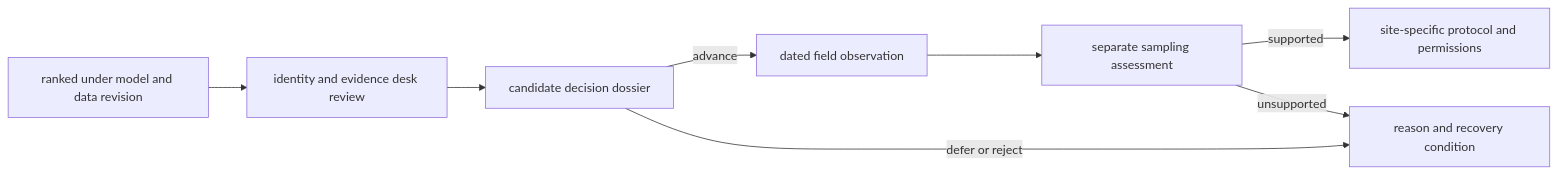
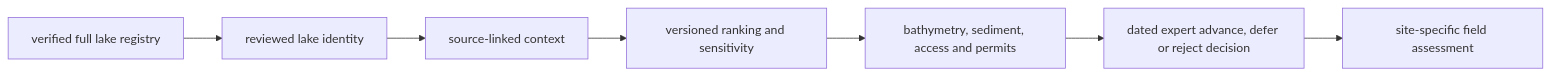
Before and after one commit to bijux/bijux-pollenomics: the diagram in docs/public/nordic-atlas/sweden-lake-priorities/index.md, drawn with Mermaid. The commit also changed other lines of this file and 3 other files, not shown here.

Commit message:
docs(science): retain SVAR export custody and lake ranking refusal

````diff
--- a/docs/public/nordic-atlas/sweden-lake-priorities/index.md
+++ b/docs/public/nordic-atlas/sweden-lake-priorities/index.md
@@ -313,10 +49,9 @@
 ```mermaid
 flowchart LR
-    Ranked["ranked under model and data revision"] --> Desk["identity and evidence desk review"]
-    Desk --> Dossier["candidate decision dossier"]
-    Dossier -->|advance| Visit["dated field observation"]
-    Dossier -->|defer or reject| Decision["reason and recovery condition"]
-    Visit --> Assessment["separate sampling assessment"]
-    Assessment -->|supported| Protocol["site-specific protocol and permissions"]
-    Assessment -->|unsupported| Decision
+    Source["verified full lake registry"] --> Identity["reviewed lake identity"]
+    Identity --> Context["source-linked context"]
+    Context --> Ranking["versioned ranking and sensitivity"]
+    Ranking --> Desk["bathymetry, sediment, access and permits"]
+    Desk --> Decision["dated expert advance, defer or reject decision"]
+    Decision --> Field["site-specific field assessment"]
 ```
````
